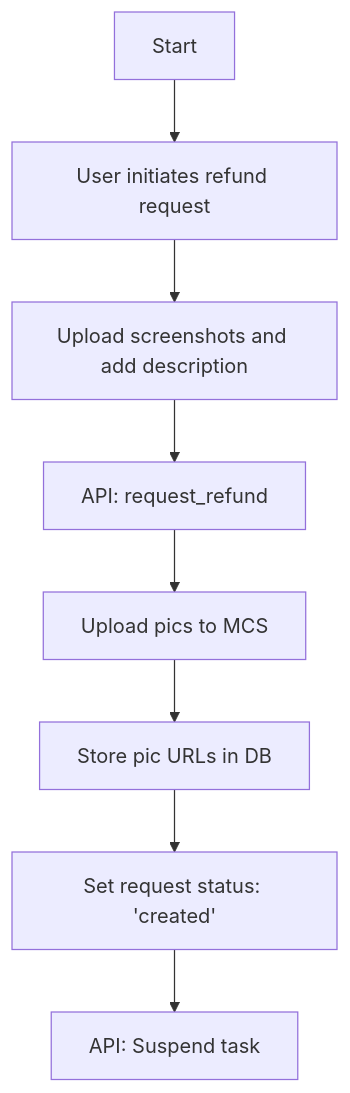
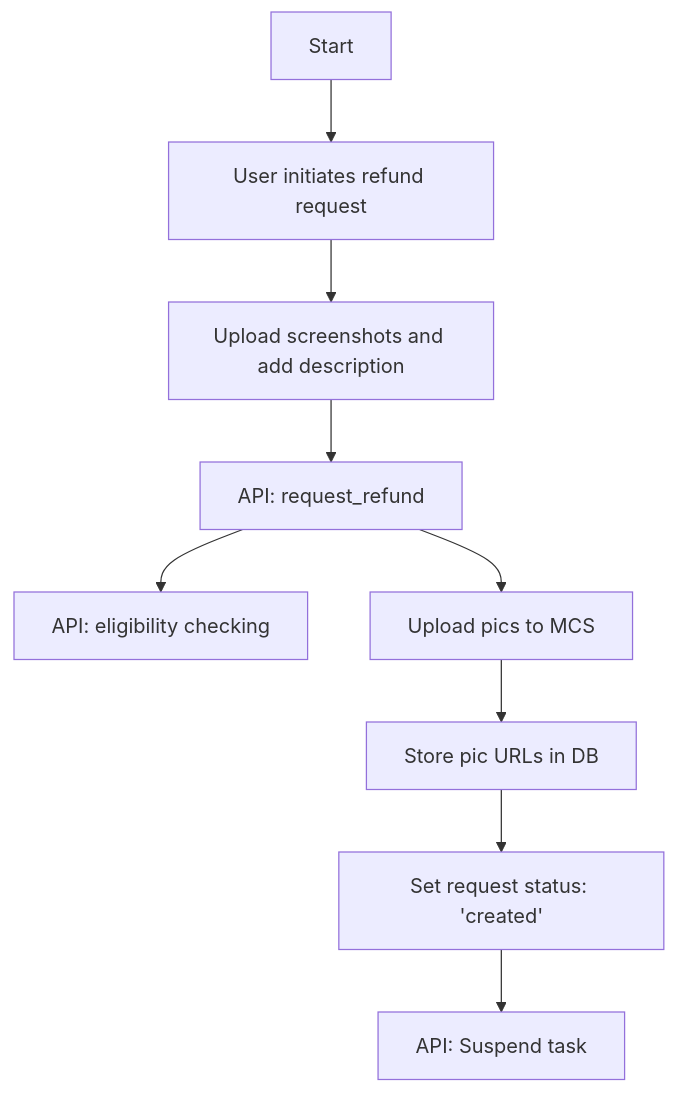
One commit to alphaflows/workbench changed the first of 2 diagrams in drafts/crm/refund_request.md. Above: the diagram before and after it, drawn with Mermaid. The commit also changed other lines of this file, not shown here.

````diff
--- a/drafts/crm/refund_request.md
+++ b/drafts/crm/refund_request.md
@@ -42,10 +43,11 @@
 ```mermaid
 flowchart TD
     A[Start] --> B[User initiates refund request]
     B --> C[Upload screenshots and add description]
     C --> D[API: request_refund]
+    D --> M[API: eligibility checking]
     D --> E[Upload pics to MCS]
     E --> F[Store pic URLs in DB]
     F --> G[Set request status: 'created']
     G --> H[API: Suspend task]
 ```
````
